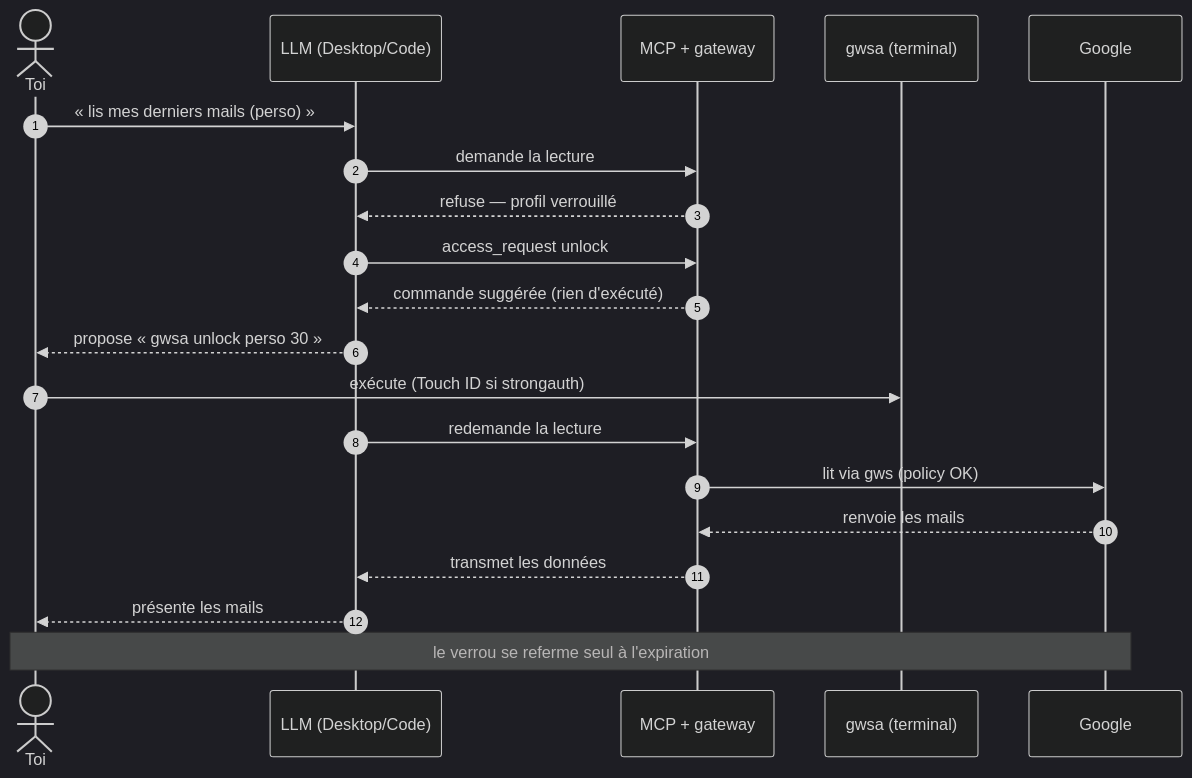
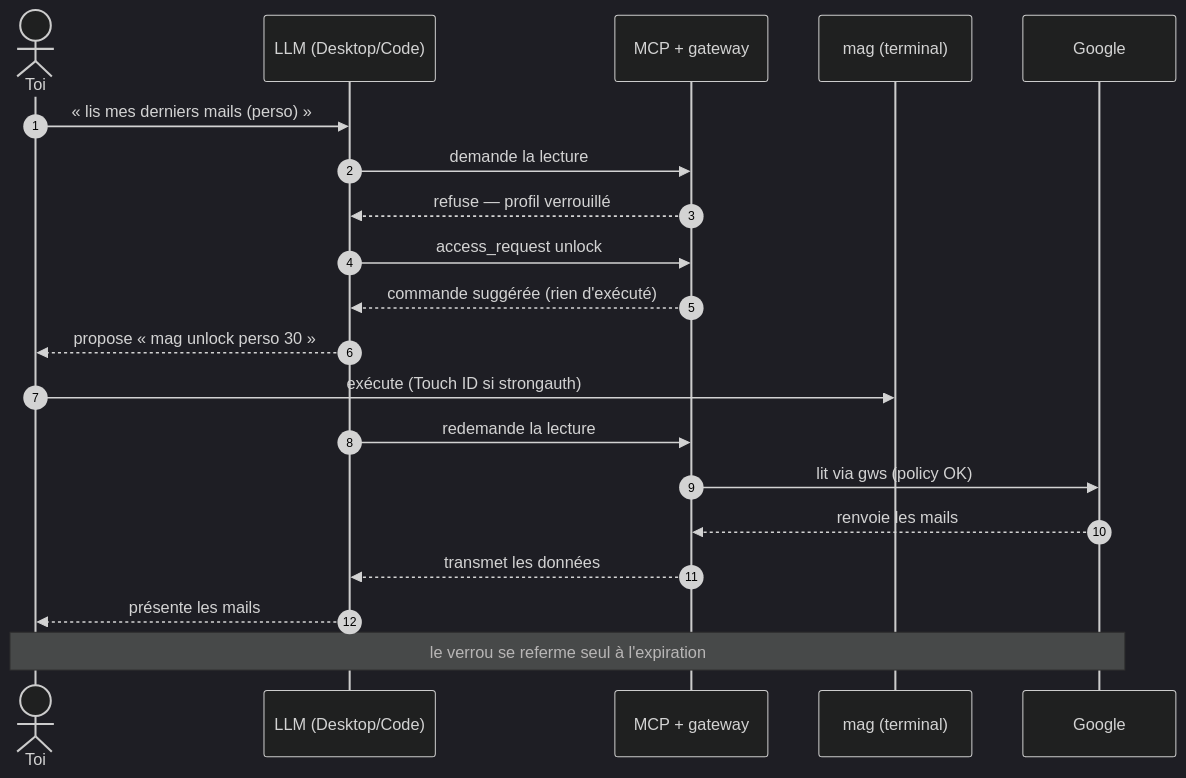
Before and after one commit to elzinko/google-mcp-multi-account: the diagram in diagrams/lecture-donnees-elicitee/diagram.mmd, drawn with Mermaid (dark theme). The commit also changed 123 other files, not shown here.

```diff
--- a/diagrams/lecture-donnees-elicitee/diagram.mmd
+++ b/diagrams/lecture-donnees-elicitee/diagram.mmd
@@ -1,21 +1,21 @@
 sequenceDiagram
     autonumber
     actor Toi
     participant LLM as LLM (Desktop/Code)
     participant MCP as MCP + gateway
-    participant GWSA as gwsa (terminal)
+    participant GWSA as mag (terminal)
     participant Google
 
     Toi->>LLM: « lis mes derniers mails (perso) »
     LLM->>MCP: demande la lecture
     MCP-->>LLM: refuse — profil verrouillé
     LLM->>MCP: access_request unlock
     MCP-->>LLM: commande suggérée (rien d'exécuté)
-    LLM-->>Toi: propose « gwsa unlock perso 30 »
+    LLM-->>Toi: propose « mag unlock perso 30 »
     Toi->>GWSA: exécute (Touch ID si strongauth)
     LLM->>MCP: redemande la lecture
     MCP->>Google: lit via gws (policy OK)
     Google-->>MCP: renvoie les mails
     MCP-->>LLM: transmet les données
     LLM-->>Toi: présente les mails
     Note over Toi,Google: le verrou se referme seul à l'expiration
```
